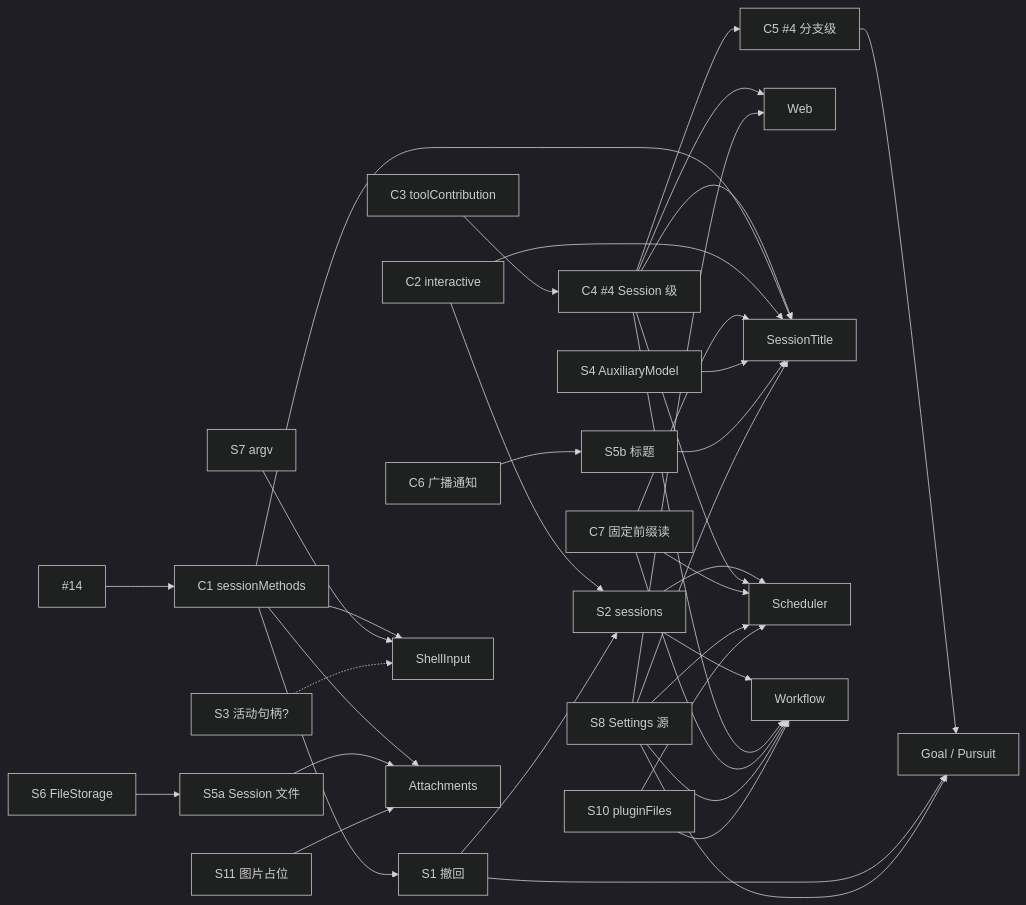
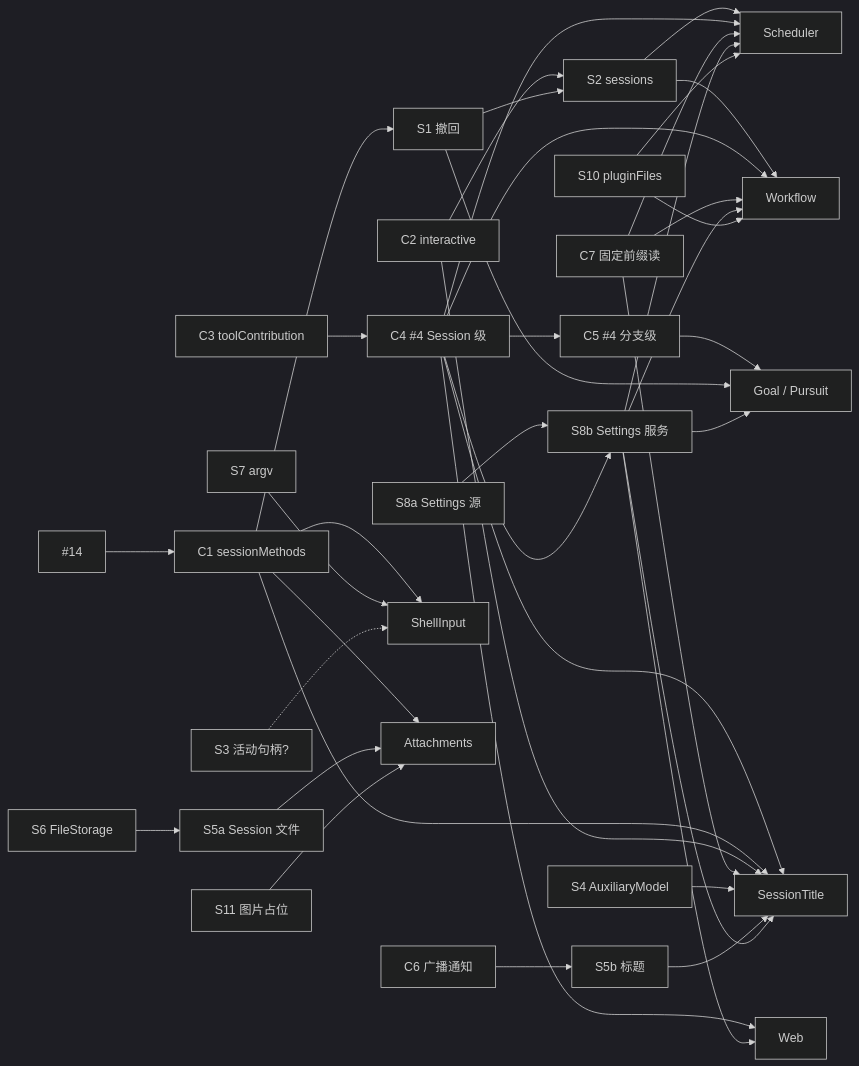
One commit to CoutinhoTTS/dim-agent changed the diagram in docs/design/roadmap.md. Above: the diagram before and after it, drawn with Mermaid (dark theme). The commit also changed other lines of this file and 27 other files, not shown here.

````diff
--- a/docs/design/roadmap.md
+++ b/docs/design/roadmap.md
@@ -152,39 +155,41 @@
 ```mermaid
 flowchart LR
   PR14["#14"] --> C1["C1 sessionMethods"]
   C3["C3 toolContribution"] --> C4["C4 #4 Session 级"] --> C5["C5 #4 分支级"]
   C1 --> S1["S1 撤回"]
   C2["C2 interactive"] --> S2["S2 sessions"]
   S1 --> S2
   C6["C6 广播通知"] --> S5b["S5b 标题"]
   S6["S6 FileStorage"] --> S5a["S5a Session 文件"]
 
   C1 --> SH["ShellInput"]
   S7["S7 argv"] --> SH
   S3["S3 活动句柄?"] -.-> SH
   C1 --> AT["Attachments"]
   S5a --> AT
   S11["S11 图片占位"] --> AT
   C4 --> WEB["Web"]
-  S8["S8 Settings 源"] --> WEB
+  S8a["S8a Settings 源"] --> S8["S8b Settings 服务"]
+  C4 --> S8
+  S8 --> WEB
   C4 --> ST["SessionTitle"]
   C1 --> ST
   C2 --> ST
   C7["C7 固定前缀读"] --> ST
   S4["S4 AuxiliaryModel"] --> ST
   S5b --> ST
   S8 --> ST
   C5 --> GO["Goal / Pursuit"]
   S1 --> GO
   S8 --> GO
   S2 --> SC["Scheduler"]
   S2 --> WF["Workflow"]
   C4 --> SC
   C4 --> WF
   C7 --> SC
   C7 --> WF
   S8 --> SC
   S8 --> WF
   S10["S10 pluginFiles"] --> SC
   S10 --> WF
 ```
````
